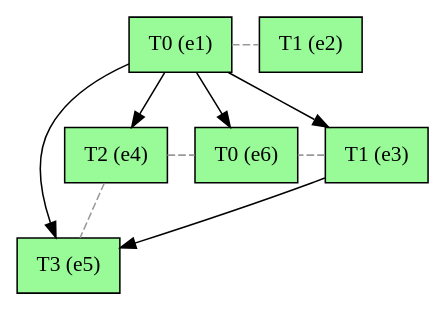
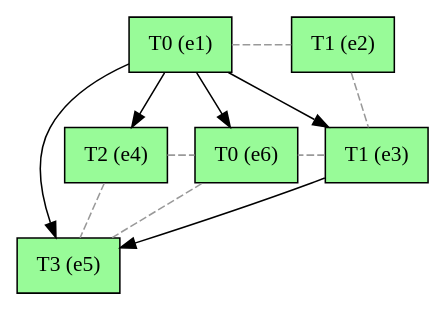
One commit to giannkas/ecofolder changed the diagram in examples/small_eg.dot. Above: the diagram before and after it, drawn with Graphviz. The commit also changed 3 other files, not shown here.

```diff
--- a/examples/small_eg.dot
+++ b/examples/small_eg.dot
@@ -1,20 +1,22 @@
 digraph test {
   e1 -> e5;
   e1 -> e4;
   e1 -> e6;
   e1 -> e3;
   e3 -> e5;
 
 //conflicts
+  e2 -> e3 [arrowhead=none color=gray60 style=dashed constraint=false];
   e1 -> e2 [arrowhead=none color=gray60 style=dashed constraint=false];
-  e3 -> e6 [arrowhead=none color=gray60 style=dashed constraint=false];
   e4 -> e5 [arrowhead=none color=gray60 style=dashed constraint=false];
   e4 -> e6 [arrowhead=none color=gray60 style=dashed constraint=false];
+  e5 -> e6 [arrowhead=none color=gray60 style=dashed constraint=false];
+  e3 -> e6 [arrowhead=none color=gray60 style=dashed constraint=false];
 
   e1 [fillcolor=palegreen label="T0 (e1)" shape=box style=filled];
   e2 [fillcolor=palegreen label="T1 (e2)" shape=box style=filled];
   e3 [fillcolor=palegreen label="T1 (e3)" shape=box style=filled];
   e4 [fillcolor=palegreen label="T2 (e4)" shape=box style=filled];
   e5 [fillcolor=palegreen label="T3 (e5)" shape=box style=filled];
   e6 [fillcolor=palegreen label="T0 (e6)" shape=box style=filled];
 }
```
